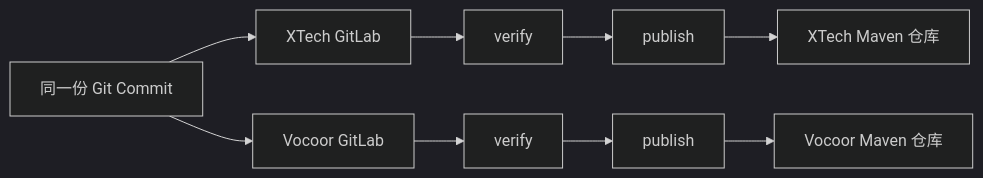
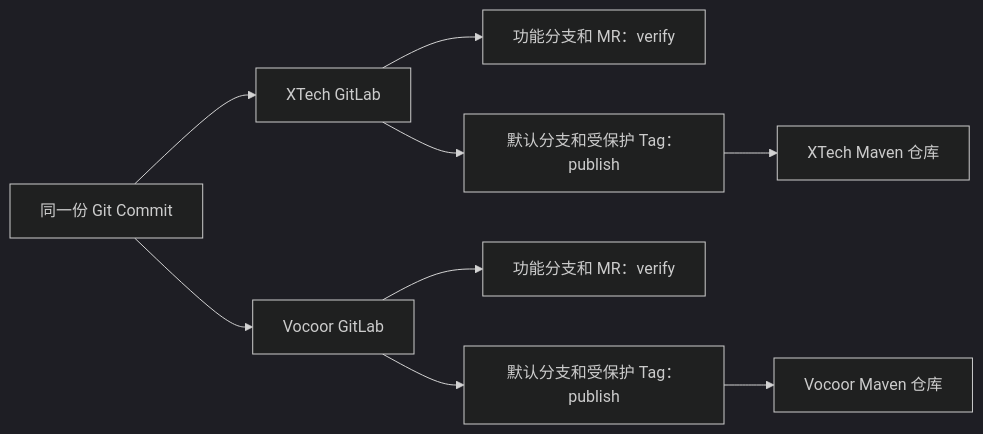
One commit to gOODiDEA2002/nebula changed the diagram in docs/operations/MULTI_GITLAB_CI_SETUP.md. Above: the diagram before and after it, drawn with Mermaid (dark theme). The commit also changed other lines of this file and 366 other files, not shown here.

````diff
--- a/docs/operations/MULTI_GITLAB_CI_SETUP.md
+++ b/docs/operations/MULTI_GITLAB_CI_SETUP.md
@@ -18,13 +18,13 @@
 ```mermaid
 flowchart LR
   Source[同一份 Git Commit] --> XTech[XTech GitLab]
   Source --> Vocoor[Vocoor GitLab]
 
-  XTech --> XVerify[verify]
-  XVerify --> XPublish[publish]
+  XTech --> XVerify[功能分支和 MR：verify]
+  XTech --> XPublish[默认分支和受保护 Tag：publish]
   XPublish --> XMaven[XTech Maven 仓库]
 
-  Vocoor --> VVerify[verify]
-  VVerify --> VPublish[publish]
+  Vocoor --> VVerify[功能分支和 MR：verify]
+  Vocoor --> VPublish[默认分支和受保护 Tag：publish]
   VPublish --> VMaven[Vocoor Maven 仓库]
 ```
````
